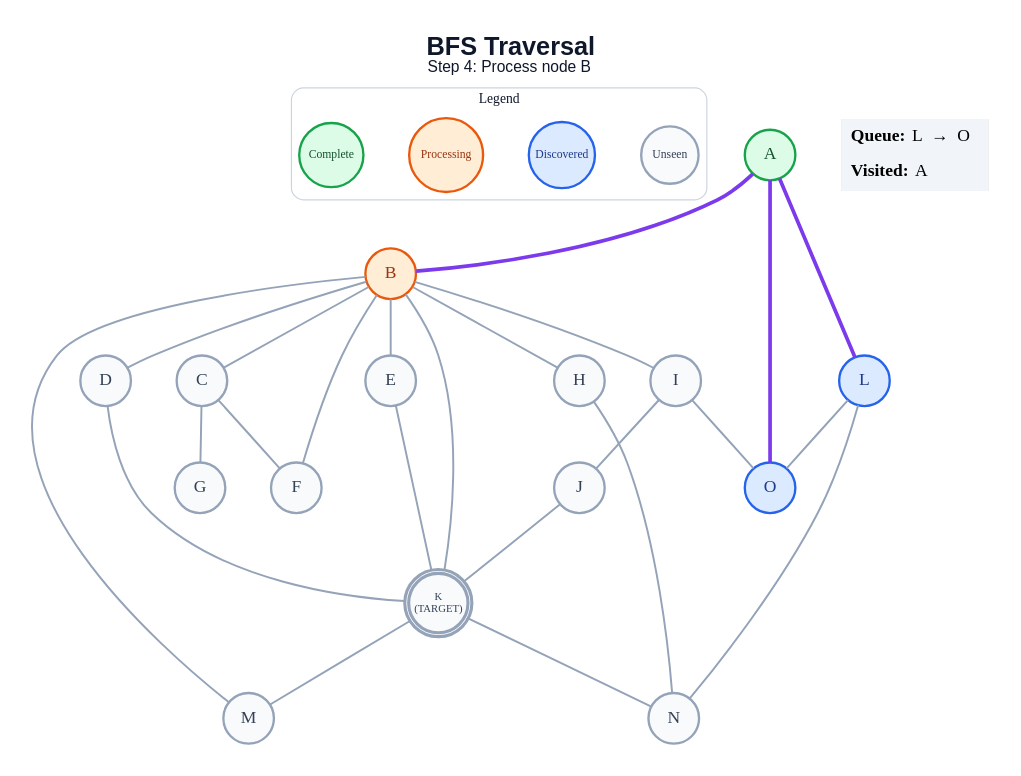
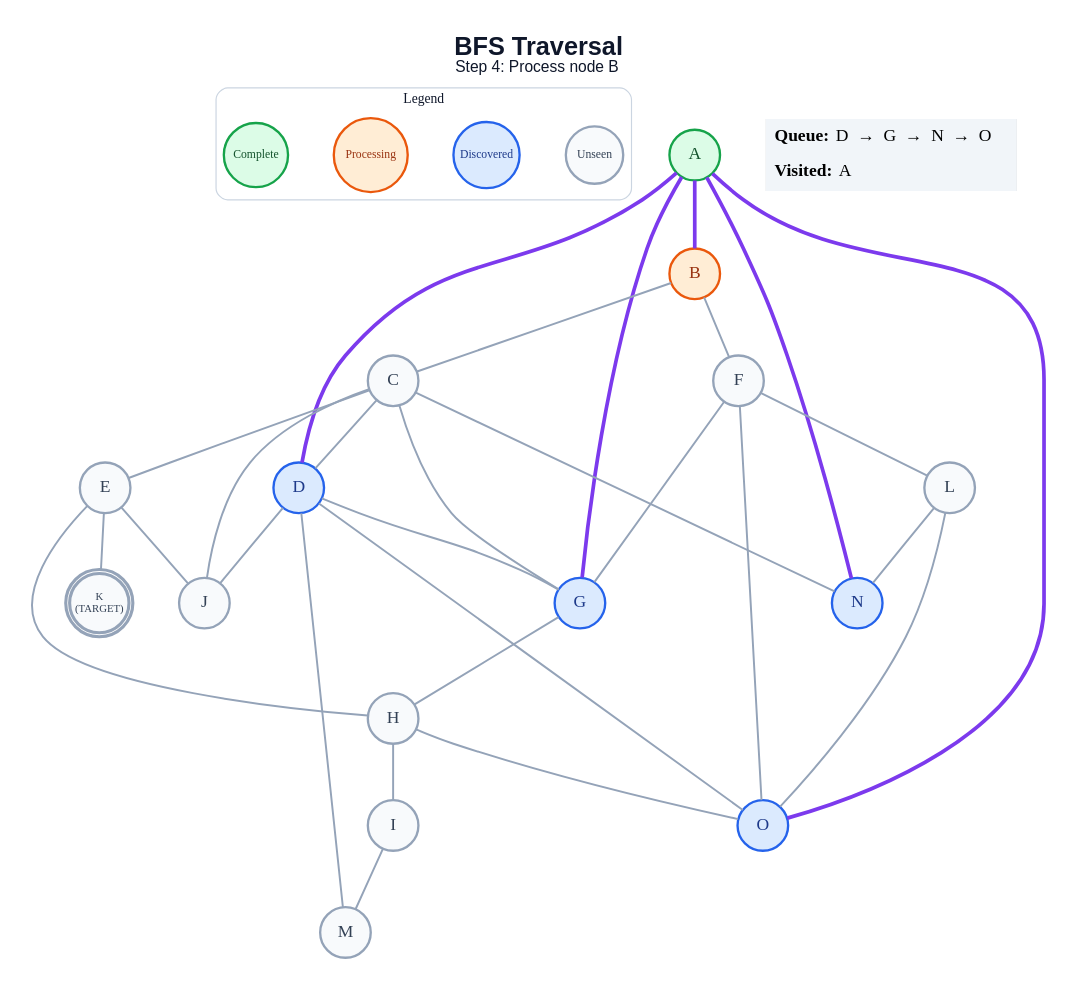
The diagram in generated/bfs/step_04.dot (anon7238593-create/ai-slop), drawn with Graphviz before and after one commit. The commit also changed 304 other files, not shown here.

```diff
--- a/generated/bfs/step_04.dot
+++ b/generated/bfs/step_04.dot
@@ -1,57 +1,62 @@
 graph traversal {
   graph [layout=dot, rankdir=TB, bgcolor="#FFFFFF", pad="0.35", nodesep="0.65", ranksep="0.8", fontname="Arial"];
   node [shape=circle, style="filled", fontname="Arial Bold", fontsize=18, width=0.72, fixedsize=true, penwidth=2.4];
   edge [color="#94A3B8", penwidth=2.0];
   label=<<B>BFS Traversal</B><BR/><FONT POINT-SIZE="16">Step 4: Process node B</FONT>>; labelloc="t"; fontsize=26; fontname="Arial"; fontcolor="#0F172A";
   subgraph cluster_legend { label="Legend"; color="#CBD5E1"; penwidth=1.2; style="rounded"; fontsize=14; fontname="Arial Bold";
     key_unseen [label="Unseen", fillcolor="#F8FAFC", color="#94A3B8", fontcolor="#334155", fontsize=12, width=0.82];
     key_frontier [label="Discovered", fillcolor="#DBEAFE", color="#2563EB", fontcolor="#1E3A8A", fontsize=12, width=0.95];
     key_current [label="Processing", fillcolor="#FFEDD5", color="#EA580C", fontcolor="#9A3412", fontsize=12, width=1.05];
     key_done [label="Complete", fillcolor="#DCFCE7", color="#16A34A", fontcolor="#14532D", fontsize=12, width=0.92];
     { rank=same; key_unseen; key_frontier; key_current; key_done; }
   }
   A [label="A", fillcolor="#DCFCE7", color="#16A34A", fontcolor="#14532D", peripheries=1, penwidth=2.4];
   B [label="B", fillcolor="#FFEDD5", color="#EA580C", fontcolor="#9A3412", peripheries=1, penwidth=2.4];
   C [label="C", fillcolor="#F8FAFC", color="#94A3B8", fontcolor="#334155", peripheries=1, penwidth=2.4];
-  D [label="D", fillcolor="#F8FAFC", color="#94A3B8", fontcolor="#334155", peripheries=1, penwidth=2.4];
+  D [label="D", fillcolor="#DBEAFE", color="#2563EB", fontcolor="#1E3A8A", peripheries=1, penwidth=2.4];
   E [label="E", fillcolor="#F8FAFC", color="#94A3B8", fontcolor="#334155", peripheries=1, penwidth=2.4];
   F [label="F", fillcolor="#F8FAFC", color="#94A3B8", fontcolor="#334155", peripheries=1, penwidth=2.4];
-  G [label="G", fillcolor="#F8FAFC", color="#94A3B8", fontcolor="#334155", peripheries=1, penwidth=2.4];
+  G [label="G", fillcolor="#DBEAFE", color="#2563EB", fontcolor="#1E3A8A", peripheries=1, penwidth=2.4];
   H [label="H", fillcolor="#F8FAFC", color="#94A3B8", fontcolor="#334155", peripheries=1, penwidth=2.4];
   I [label="I", fillcolor="#F8FAFC", color="#94A3B8", fontcolor="#334155", peripheries=1, penwidth=2.4];
   J [label="J", fillcolor="#F8FAFC", color="#94A3B8", fontcolor="#334155", peripheries=1, penwidth=2.4];
   K [label="K\n(TARGET)", fillcolor="#F8FAFC", color="#94A3B8", fontcolor="#334155", peripheries=2, penwidth=3.2, fontsize=11, width=0.85, height=0.85];
-  L [label="L", fillcolor="#DBEAFE", color="#2563EB", fontcolor="#1E3A8A", peripheries=1, penwidth=2.4];
+  L [label="L", fillcolor="#F8FAFC", color="#94A3B8", fontcolor="#334155", peripheries=1, penwidth=2.4];
   M [label="M", fillcolor="#F8FAFC", color="#94A3B8", fontcolor="#334155", peripheries=1, penwidth=2.4];
-  N [label="N", fillcolor="#F8FAFC", color="#94A3B8", fontcolor="#334155", peripheries=1, penwidth=2.4];
+  N [label="N", fillcolor="#DBEAFE", color="#2563EB", fontcolor="#1E3A8A", peripheries=1, penwidth=2.4];
   O [label="O", fillcolor="#DBEAFE", color="#2563EB", fontcolor="#1E3A8A", peripheries=1, penwidth=2.4];
   A -- B [color="#7C3AED", penwidth=3.8];
-  A -- L [color="#7C3AED", penwidth=3.8];
+  A -- D [color="#7C3AED", penwidth=3.8];
+  A -- G [color="#7C3AED", penwidth=3.8];
+  A -- N [color="#7C3AED", penwidth=3.8];
   A -- O [color="#7C3AED", penwidth=3.8];
   B -- C;
-  B -- D;
-  B -- E;
   B -- F;
-  B -- H;
-  B -- I;
-  B -- K;
-  B -- M;
-  C -- F;
+  C -- D;
+  C -- E;
   C -- G;
-  D -- K;
+  C -- J;
+  C -- N;
+  D -- G;
+  D -- J;
+  D -- M;
+  D -- O;
+  E -- H;
+  E -- J;
   E -- K;
-  H -- N;
-  I -- J;
-  I -- O;
-  J -- K;
-  K -- M;
-  K -- N;
+  F -- G;
+  F -- L;
+  F -- O;
+  G -- H;
+  H -- I;
+  H -- O;
+  I -- M;
   L -- N;
   L -- O;
   status [shape=plain, fixedsize=false, width=0, height=0, margin=0, label=<
     <TABLE BORDER="0" CELLBORDER="0" CELLPADDING="7" BGCOLOR="#F1F5F9">
-      <TR><TD ALIGN="LEFT"><B>Queue:</B> L  →  O</TD></TR>
+      <TR><TD ALIGN="LEFT"><B>Queue:</B> D  →  G  →  N  →  O</TD></TR>
       <TR><TD ALIGN="LEFT"><B>Visited:</B> A</TD></TR>
     </TABLE>
   >];
 }
```
